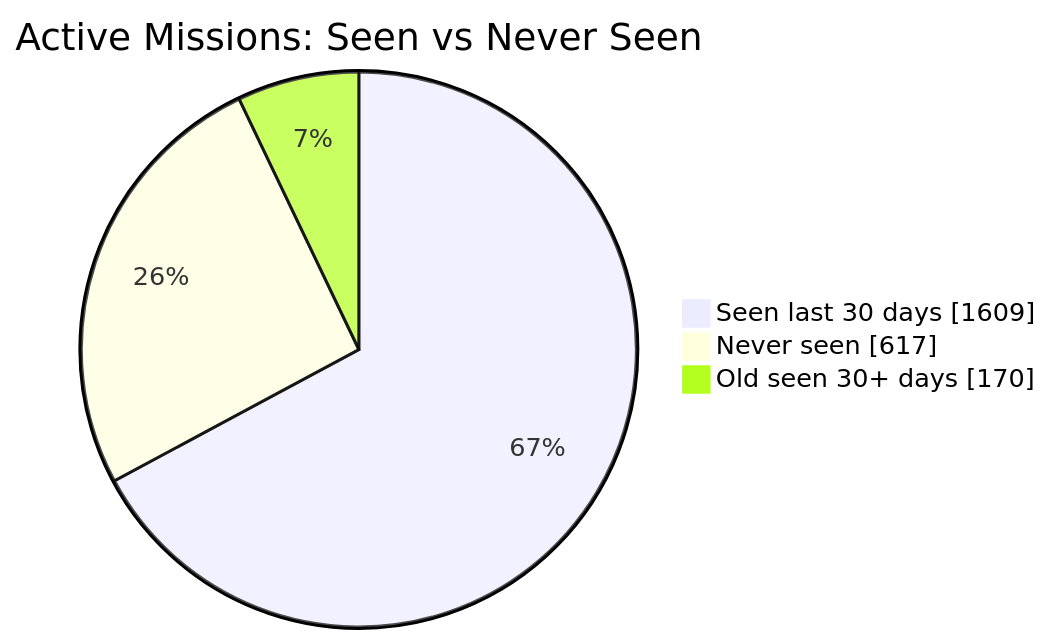
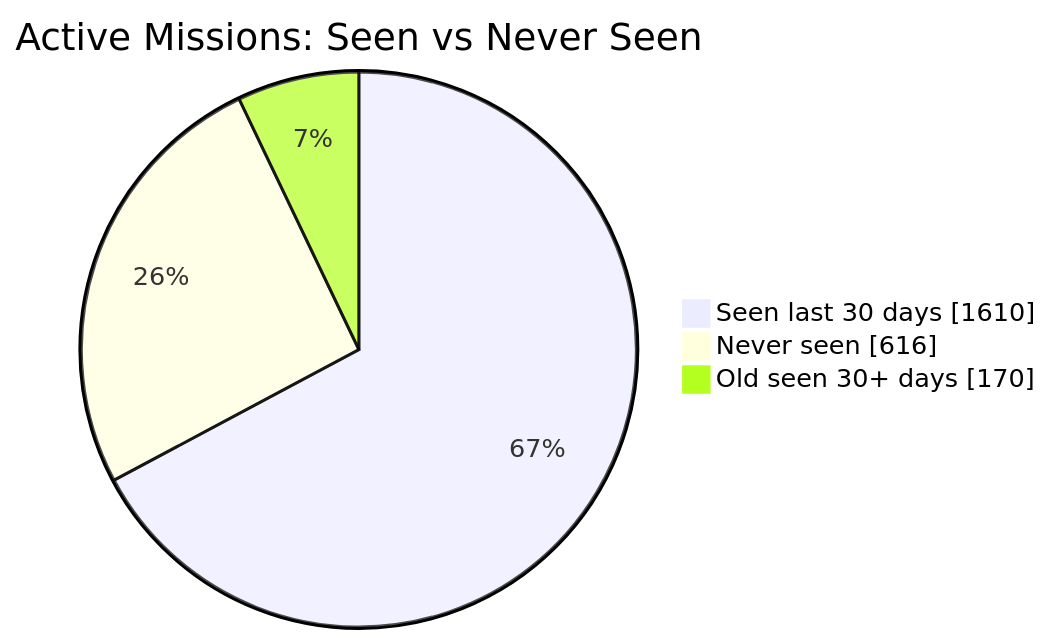
The first of 2 diagrams in README.md (MeldkamerspelGameTeam/active-missions), drawn with Mermaid before and after one commit. The commit also changed other lines of this file and 2 other files, not shown here.

````diff
--- a/README.md
+++ b/README.md
@@ -34,7 +34,7 @@
 ```mermaid
 pie showData
     title Active Missions: Seen vs Never Seen
-    "Seen last 30 days" : 1609
-    "Never seen" : 617
+    "Seen last 30 days" : 1610
+    "Never seen" : 616
     "Old seen 30+ days" : 170
 ```
````
